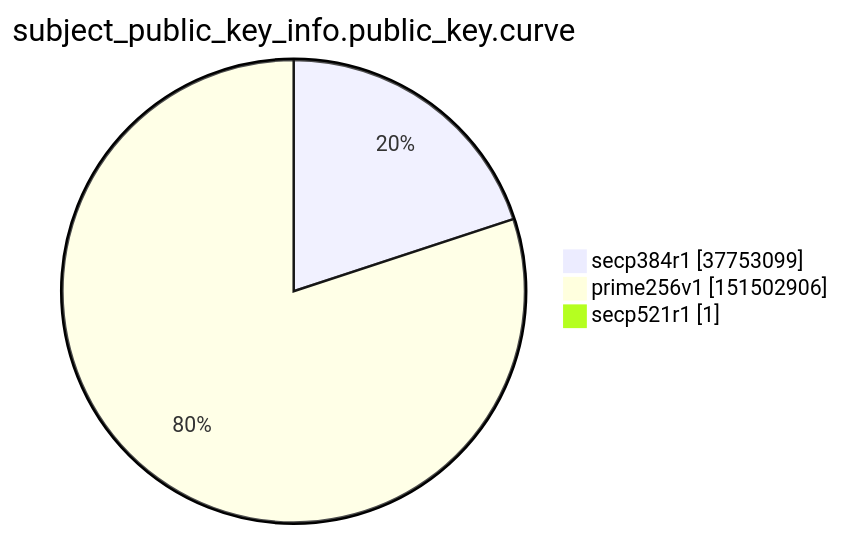
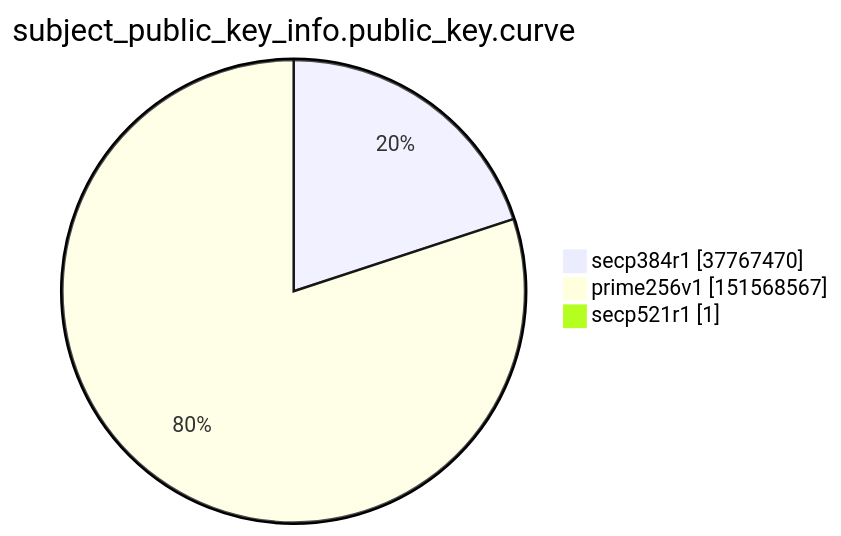
Before and after one commit to christiankrug/ctmonitor_visualization: the ninth of 15 diagrams in xenon2022/README.md, drawn with Mermaid. The commit also changed other lines of this file, not shown here.

````diff
--- a/xenon2022/README.md
+++ b/xenon2022/README.md
@@ -2860,7 +2860,7 @@
 ```mermaid
 pie showData
 title subject_public_key_info.public_key.curve
-"secp384r1" :37753099
-"prime256v1" :151502906
+"secp384r1" :37767470
+"prime256v1" :151568567
 "secp521r1" :1
 ```
````
